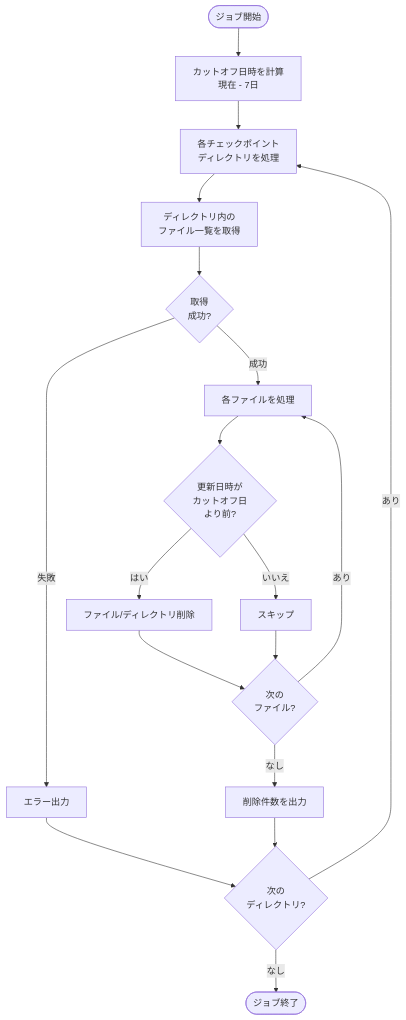
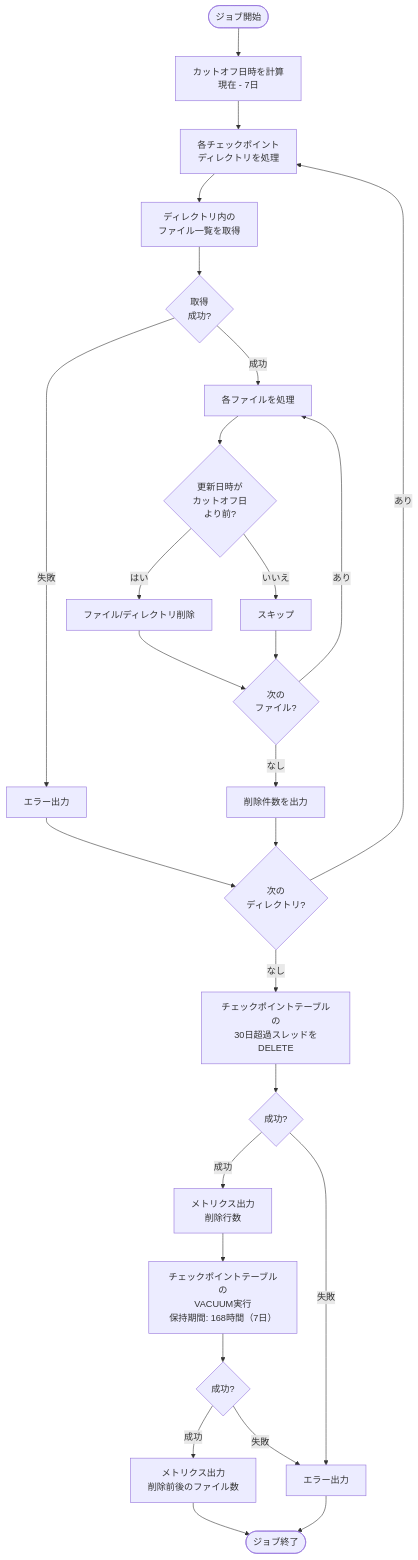
One commit to NSW-SVCP-AIWG002/Databricks-IoT changed the third of 3 diagrams in docs/03-features/batch/optimization/job-specification.md. Above: the diagram before and after it, drawn with Mermaid. The commit also changed other lines of this file and 2 other files, not shown here.

````diff
--- a/docs/03-features/batch/optimization/job-specification.md
+++ b/docs/03-features/batch/optimization/job-specification.md
@@ -491,27 +312,39 @@
 ```mermaid
 flowchart TD
     Start([ジョブ開始]) --> Cutoff[カットオフ日時を計算<br>現在 - 7日]
     Cutoff --> DirLoop[各チェックポイント<br>ディレクトリを処理]
 
     DirLoop --> ListFiles[ディレクトリ内の<br>ファイル一覧を取得]
     ListFiles --> ListResult{取得<br>成功?}
 
     ListResult -->|失敗| DirError[エラー出力]
     ListResult -->|成功| FileLoop[各ファイルを処理]
 
     FileLoop --> CheckDate{更新日時が<br>カットオフ日<br>より前?}
     CheckDate -->|はい| Delete[ファイル/ディレクトリ削除]
     CheckDate -->|いいえ| Skip[スキップ]
 
     Delete --> NextFile{次の<br>ファイル?}
     Skip --> NextFile
 
     NextFile -->|あり| FileLoop
     NextFile -->|なし| Log[削除件数を出力]
 
     DirError --> NextDir{次の<br>ディレクトリ?}
     Log --> NextDir
 
     NextDir -->|あり| DirLoop
-    NextDir -->|なし| End([ジョブ終了])
+    NextDir -->|なし| TableDelete[チェックポイントテーブルの<br>30日超過スレッドをDELETE]
+
+    TableDelete --> DeleteResult{成功?}
+    DeleteResult -->|成功| DeleteMetrics[メトリクス出力<br>削除行数]
+    DeleteResult -->|失敗| TableError[エラー出力]
+
+    DeleteMetrics --> Vacuum[チェックポイントテーブルの<br>VACUUM実行<br>保持期間: 168時間（7日）]
+    Vacuum --> VacuumResult{成功?}
+    VacuumResult -->|成功| VacuumMetrics[メトリクス出力<br>削除前後のファイル数]
+    VacuumResult -->|失敗| TableError
+
+    VacuumMetrics --> End([ジョブ終了])
+    TableError --> End
 ```
````
